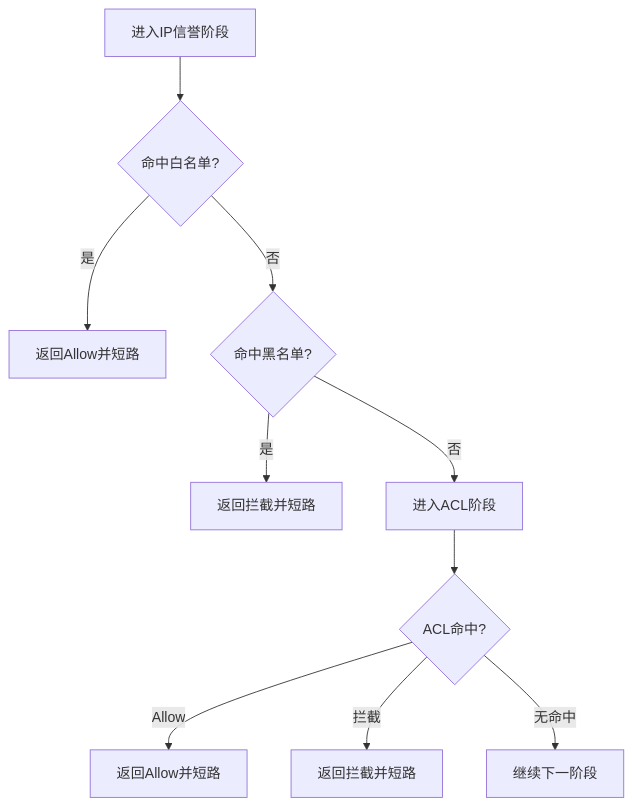
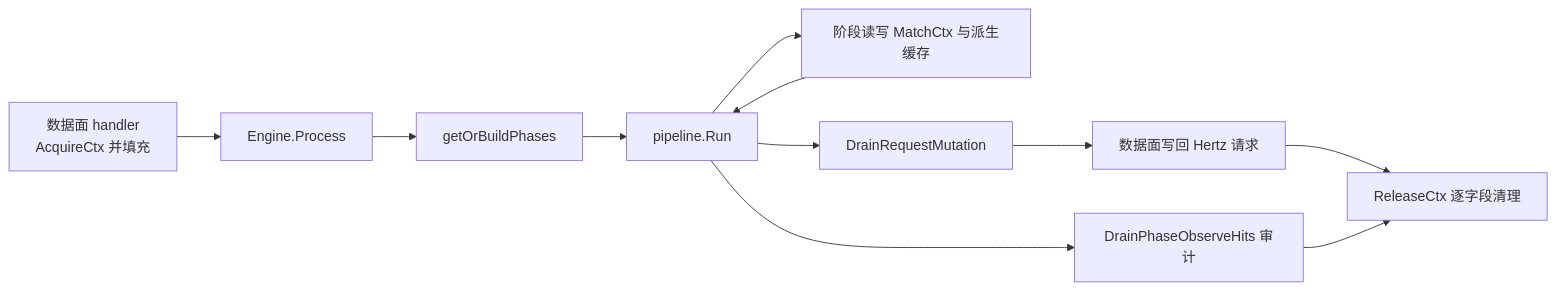
One commit to x01n/My-OpenWaf changed the sixth of 8 diagrams in docs/扩展与插件系统/规则引擎扩展/执行阶段系统.md. Above: the diagram before and after it, drawn with Mermaid. The commit also changed other lines of this file and 622 other files, not shown here.

````diff
--- a/docs/扩展与插件系统/规则引擎扩展/执行阶段系统.md
+++ b/docs/扩展与插件系统/规则引擎扩展/执行阶段系统.md
@@ -198,12 +360,13 @@
 ```mermaid
-flowchart TD
-A["进入IP信誉阶段"] --> B{"命中白名单?"}
-B --> |是| C["返回Allow并短路"]
-B --> |否| D{"命中黑名单?"}
-D --> |是| E["返回拦截并短路"]
-D --> |否| F["进入ACL阶段"]
-F --> G{"ACL命中?"}
-G --> |Allow| H["返回Allow并短路"]
-G --> |拦截| I["返回拦截并短路"]
-G --> |无命中| J["继续下一阶段"]
+flowchart LR
+A["数据面 handler<br/>AcquireCtx 并填充"] --> B["Engine.Process"]
+B --> C["getOrBuildPhases"]
+C --> D["pipeline.Run"]
+D --> E["阶段读写 MatchCtx 与派生缓存"]
+E --> D
+D --> G["DrainRequestMutation"]
+G --> H["数据面写回 Hertz 请求"]
+D --> I["DrainPhaseObserveHits 审计"]
+H --> K["ReleaseCtx 逐字段清理"]
+I --> K
 ```
````
